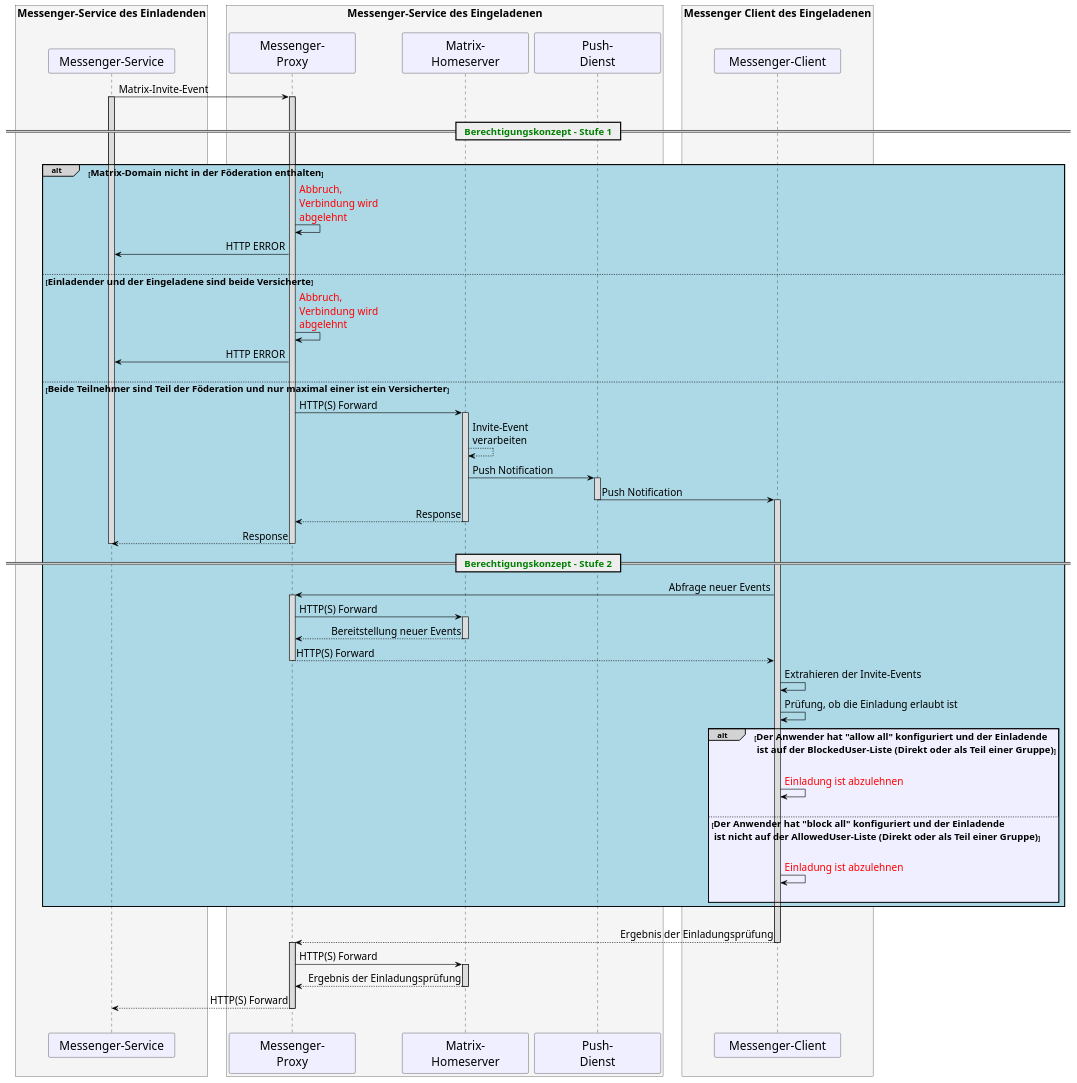
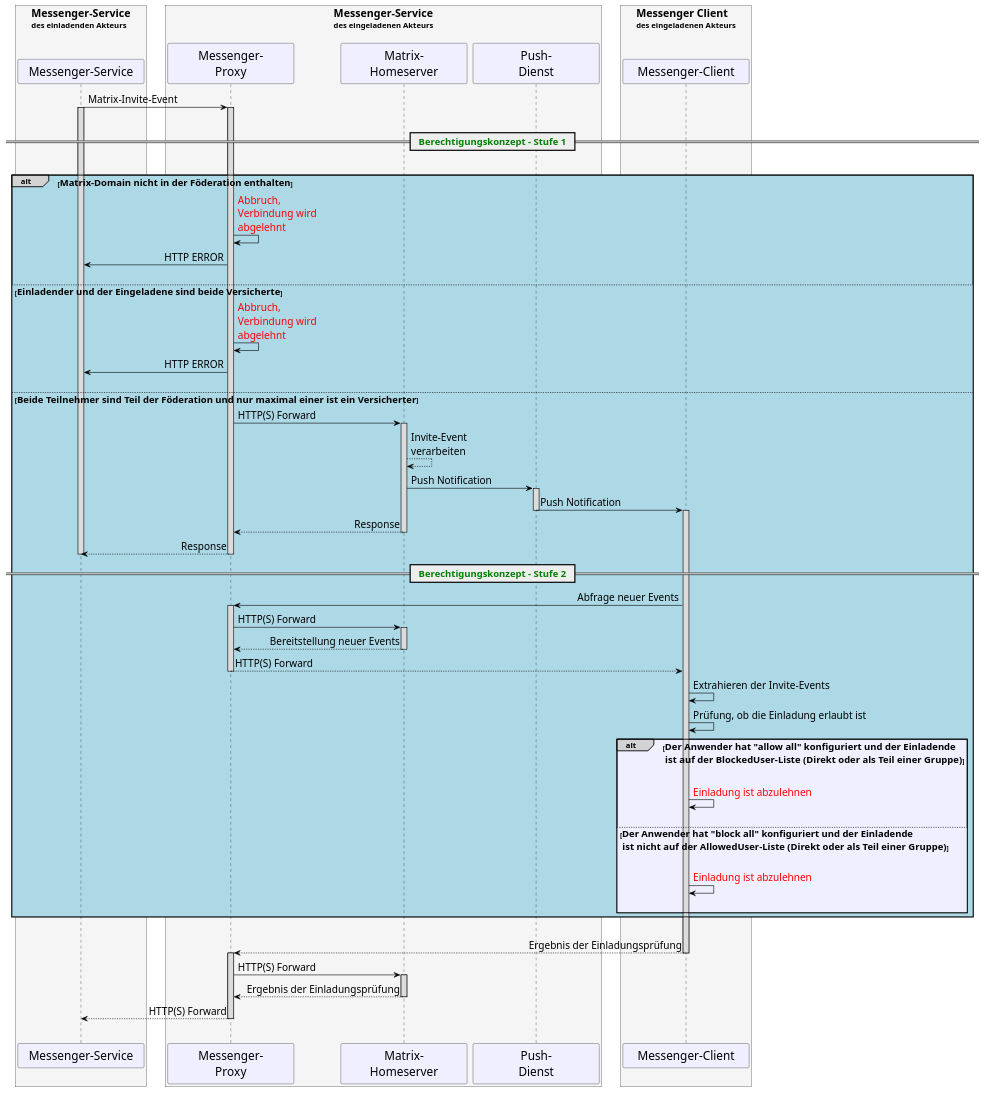
One commit to gematik/api-ti-messenger changed the diagram in src/plantuml/ePA_FDV/UC_Approvel_List_Seq_fdv.puml. Above: the diagram before and after it, drawn with PlantUML. The commit also changed 3 other files, not shown here.

```diff
--- a/src/plantuml/ePA_FDV/UC_Approvel_List_Seq_fdv.puml
+++ b/src/plantuml/ePA_FDV/UC_Approvel_List_Seq_fdv.puml
@@ -8,103 +8,103 @@
 @startuml
 skinparam sequenceMessageAlign direction
 skinparam minClassWidth 200
 skinparam BoxPadding 15
 skinparam sequenceReferenceHeaderBackgroundColor palegreen
 scale max 2048 width
 
 skinparam sequence {
   ArrowColor black
   ArrowFontSize 17
   ActorBorderColor black
   LifeLineBorderColor black
   LifeLineBackgroundColor Gainsboro
 
   ParticipantBorderColor Motivation
   ParticipantBackgroundColor Motivation
   ParticipantFontName Impact
   ParticipantFontSize 20
   ParticipantFontColor black
   ParticipantBorderColor Black
   ParticipantBackgroundColor MOTIVATION
 
   ActorBackgroundColor Gainsboro
   ActorFontColor black
   ActorFontSize 20
   ActorFontName Aapex
 }
-box <size:18>Messenger-Service des Einladenden\n #WhiteSmoke
+box <size:18>Messenger-Service\ndes einladenden Akteurs\n #WhiteSmoke
 participant MS as "Messenger-Service"
 end box
-box <size:18>Messenger-Service des Eingeladenen\n #WhiteSmoke
+box <size:18>Messenger-Service\ndes eingeladenen Akteurs\n #WhiteSmoke
 participant MP2 as "Messenger-\nProxy"
 participant MH2 as "Matrix-\nHomeserver"
 participant PG as "Push-\nDienst"
 end box
-box <size:18>Messenger Client des Eingeladenen\n #WhiteSmoke
+box <size:18>Messenger Client\ndes eingeladenen Akteurs\n #WhiteSmoke
 participant MC2 as "Messenger-Client"
 end box
 MS->MP2:Matrix-Invite-Event
 activate MP2
 activate MS
 |||
 == <font color=green><size:16>  Berechtigungskonzept - Stufe 1</size></font>  ==
 |||
 alt#LightGrey #LightBlue <size:16>Matrix-Domain nicht in der Föderation enthalten</size>
   MP2->MP2:<font color=red>Abbruch, \n<font color=red>Verbindung wird \n<font color=red>abgelehnt</font>
   MP2->MS: HTTP ERROR
   |||
 
 else  <size:16>Einladender und der Eingeladene sind beide Versicherte</size>
   MP2->MP2:<font color=red>Abbruch, \n<font color=red>Verbindung wird \n<font color=red>abgelehnt</font>
   MP2->MS: HTTP ERROR
   |||
 
 else  <size:16>Beide Teilnehmer sind Teil der Föderation und nur maximal einer ist ein Versicherter</size>
   MP2->MH2: HTTP(S) Forward
   activate MH2
   MH2-->MH2: Invite-Event \nverarbeiten
   MH2->PG++: Push Notification
   PG->MC2--: Push Notification
   activate MC2
   MH2-->MP2: Response
   deactivate MH2
   MP2-->MS: Response
   deactivate MP2
   deactivate MS
 
 == <font color=green><size:16>  Berechtigungskonzept - Stufe 2</size></font>  ==
   MC2->MP2: Abfrage neuer Events
   activate MP2
   MP2->MH2: HTTP(S) Forward
   activate MH2
   MH2-->MP2: Bereitstellung neuer Events
   deactivate MH2
   MP2-->MC2: HTTP(S) Forward
   deactivate MP2
 
   MC2->MC2: Extrahieren der Invite-Events
   MC2->MC2: Prüfung, ob die Einladung erlaubt ist
 
   alt#LightGrey #MOTIVATION <size:16>Der Anwender hat "allow all" konfiguriert und der Einladende\n<size:16> ist auf der BlockedUser-Liste (Direkt oder als Teil einer Gruppe)</size>
     |||
     MC2->MC2:<font color=red>Einladung ist abzulehnen</font>
     |||
   else <size:16>Der Anwender hat "block all" konfiguriert und der Einladende\n<size:16> ist nicht auf der AllowedUser-Liste (Direkt oder als Teil einer Gruppe)</size>
     |||
     MC2->MC2:<font color=red>Einladung ist abzulehnen</font>
     |||
   end
 end
 
 |||
 MC2-->MP2: Ergebnis der Einladungsprüfung
 deactivate MC2
 activate MP2
 MP2->MH2: HTTP(S) Forward
 activate MH2
 MH2-->MP2: Ergebnis der Einladungsprüfung
 deactivate MH2
 MP2-->MS: HTTP(S) Forward
 deactivate MP2
 |||
 @enduml
```
